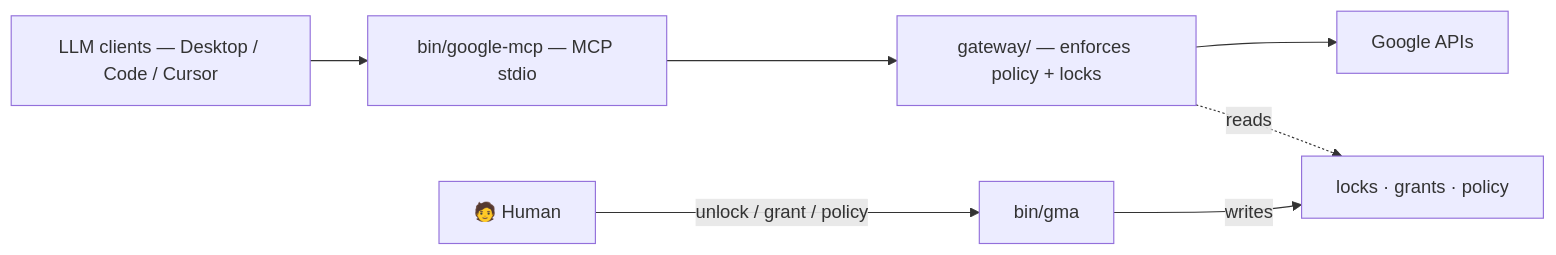
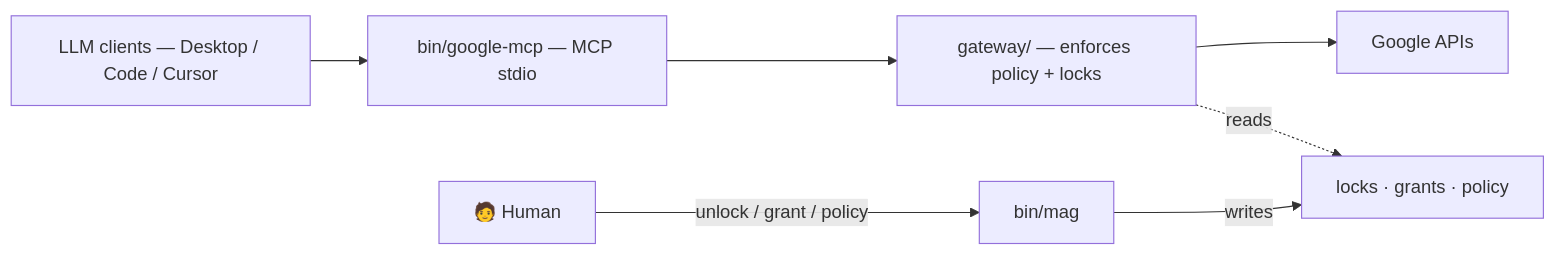
One commit to elzinko/google-mcp-multi-account changed the diagram in README.md. Above: the diagram before and after it, drawn with Mermaid. The commit also changed other lines of this file and 123 other files, not shown here.

First line of the commit message:
chore(cli): renommer la commande gma → mag (collision oh-my-zsh)

````diff
--- a/README.md
+++ b/README.md
@@ -67,13 +67,13 @@
 ```mermaid
 flowchart LR
     USER["🧑 Human"]
     LLM["LLM clients — Desktop / Code / Cursor"]
     MCP["bin/google-mcp — MCP stdio"]
     GW["gateway/ — enforces policy + locks"]
     STATE["locks · grants · policy"]
-    GWSA["bin/gma"]
+    GWSA["bin/mag"]
     GOOGLE["Google APIs"]
     LLM --> MCP --> GW --> GOOGLE
     GW -.->|reads| STATE
     USER -->|unlock / grant / policy| GWSA -->|writes| STATE
 ```
````
